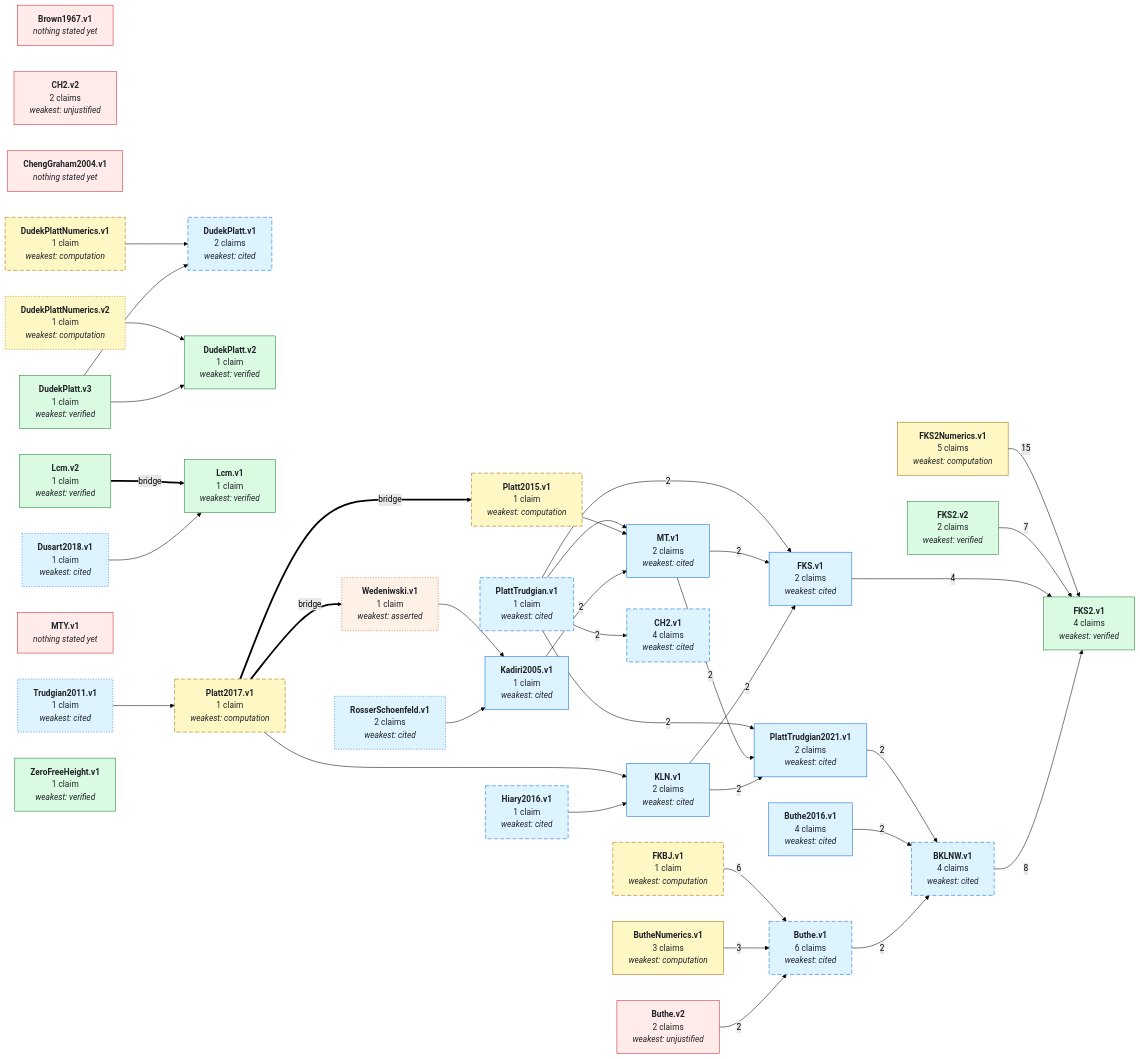
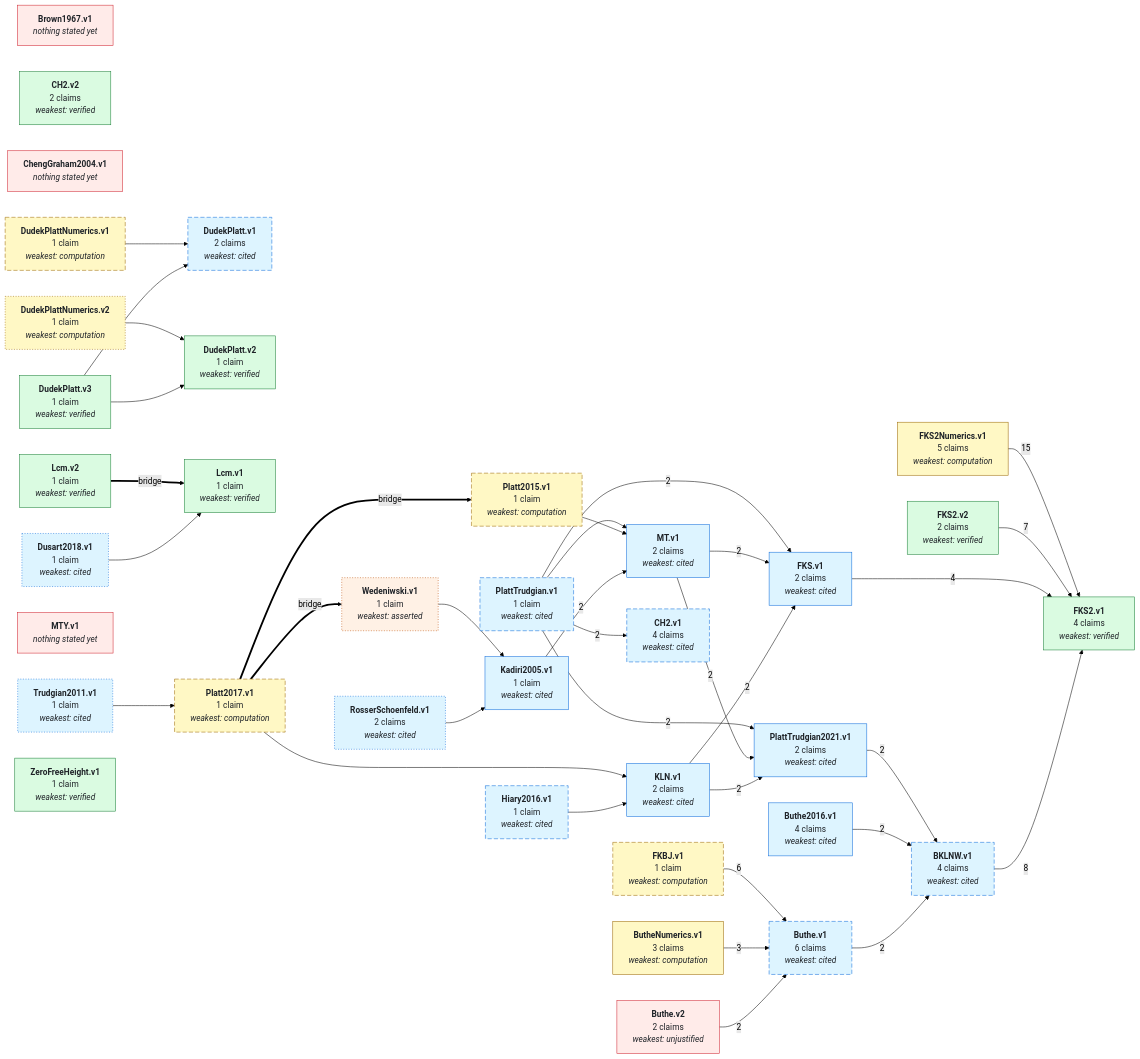
The first of 2 diagrams in GRAPH.md (teorth/IEANTN), drawn with Mermaid (forest theme) before and after one commit. The commit also changed other lines of this file and 6 other files, not shown here.

```diff
--- a/GRAPH.md
+++ b/GRAPH.md
@@ -59,7 +59,7 @@
   NButhe2016_v1["<b>Buthe2016.v1</b><br/>4 claims<br/><i>weakest: cited</i>"]
   NButheNumerics_v1["<b>ButheNumerics.v1</b><br/>3 claims<br/><i>weakest: computation</i>"]
   NCH2_v1["<b>CH2.v1</b><br/>4 claims<br/><i>weakest: cited</i>"]
-  NCH2_v2["<b>CH2.v2</b><br/>2 claims<br/><i>weakest: unjustified</i>"]
+  NCH2_v2["<b>CH2.v2</b><br/>2 claims<br/><i>weakest: verified</i>"]
   NChengGraham2004_v1["<b>ChengGraham2004.v1</b><br/><i>nothing stated yet</i>"]
   NDudekPlatt_v1["<b>DudekPlatt.v1</b><br/>2 claims<br/><i>weakest: cited</i>"]
   NDudekPlatt_v2["<b>DudekPlatt.v2</b><br/>1 claim<br/><i>weakest: verified</i>"]
@@ -135,11 +135,11 @@
   style NRosserSchoenfeld_v1 stroke-dasharray: 2 3;
   style NTrudgian2011_v1 stroke-dasharray: 2 3;
   style NWedeniwski_v1 stroke-dasharray: 2 3;
-  class NBrown1967_v1,NButhe_v2,NCH2_v2,NChengGraham2004_v1,NMTY_v1 none_yet;
+  class NBrown1967_v1,NButhe_v2,NChengGraham2004_v1,NMTY_v1 none_yet;
   class NWedeniwski_v1 asserted;
   class NBKLNW_v1,NButhe_v1,NButhe2016_v1,NCH2_v1,NDudekPlatt_v1,NDusart2018_v1,NFKS_v1,NHiary2016_v1,NKLN_v1,NKadiri2005_v1,NMT_v1,NPlattTrudgian_v1,NPlattTrudgian2021_v1,NRosserSchoenfeld_v1,NTrudgian2011_v1 literature;
   class NButheNumerics_v1,NDudekPlattNumerics_v1,NDudekPlattNumerics_v2,NFKBJ_v1,NFKS2Numerics_v1,NPlatt2015_v1,NPlatt2017_v1 numerical;
-  class NDudekPlatt_v2,NDudekPlatt_v3,NFKS2_v1,NFKS2_v2,NLcm_v1,NLcm_v2,NZeroFreeHeight_v1 lean_comparator;
+  class NCH2_v2,NDudekPlatt_v2,NDudekPlatt_v3,NFKS2_v1,NFKS2_v2,NLcm_v1,NLcm_v2,NZeroFreeHeight_v1 lean_comparator;
   click NBKLNW_v1 href "https://github.com/teorth/IEANTN/blob/main/docs/nodes/BKLNW-v1.md" _blank
   click NButhe_v1 href "https://github.com/teorth/IEANTN/blob/main/docs/nodes/Buthe-v1.md" _blank
   click NButhe_v2 href "https://github.com/teorth/IEANTN/blob/main/docs/nodes/Buthe-v2.md" _blank
```
